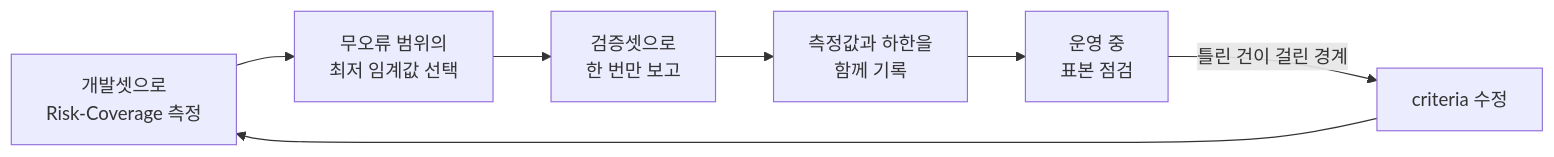
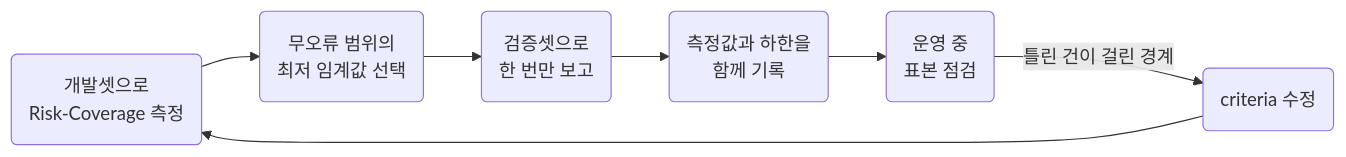
Before and after one commit to seujung/ai-research: the diagram in docs/trends/posts/2026-10-18-jev-calibration.md, drawn with Mermaid. The commit also changed other lines of this file and 176 other files, not shown here.

````diff
--- a/docs/trends/posts/2026-10-18-jev-calibration.md
+++ b/docs/trends/posts/2026-10-18-jev-calibration.md
@@ -205,9 +206,9 @@
 ```mermaid
 flowchart LR
-    A["개발셋으로<br/>Risk-Coverage 측정"] --> B["무오류 범위의<br/>최저 임계값 선택"]
-    B --> C["검증셋으로<br/>한 번만 보고"]
-    C --> D["측정값과 하한을<br/>함께 기록"]
-    D --> E["운영 중<br/>표본 점검"]
-    E -- "틀린 건이 걸린 경계" --> F["criteria 수정"]
+    A("개발셋으로<br/>Risk-Coverage 측정") --> B("무오류 범위의<br/>최저 임계값 선택")
+    B --> C("검증셋으로<br/>한 번만 보고")
+    C --> D("측정값과 하한을<br/>함께 기록")
+    D --> E("운영 중<br/>표본 점검")
+    E -- "틀린 건이 걸린 경계" --> F("criteria 수정")
     F --> A
 ```
````
